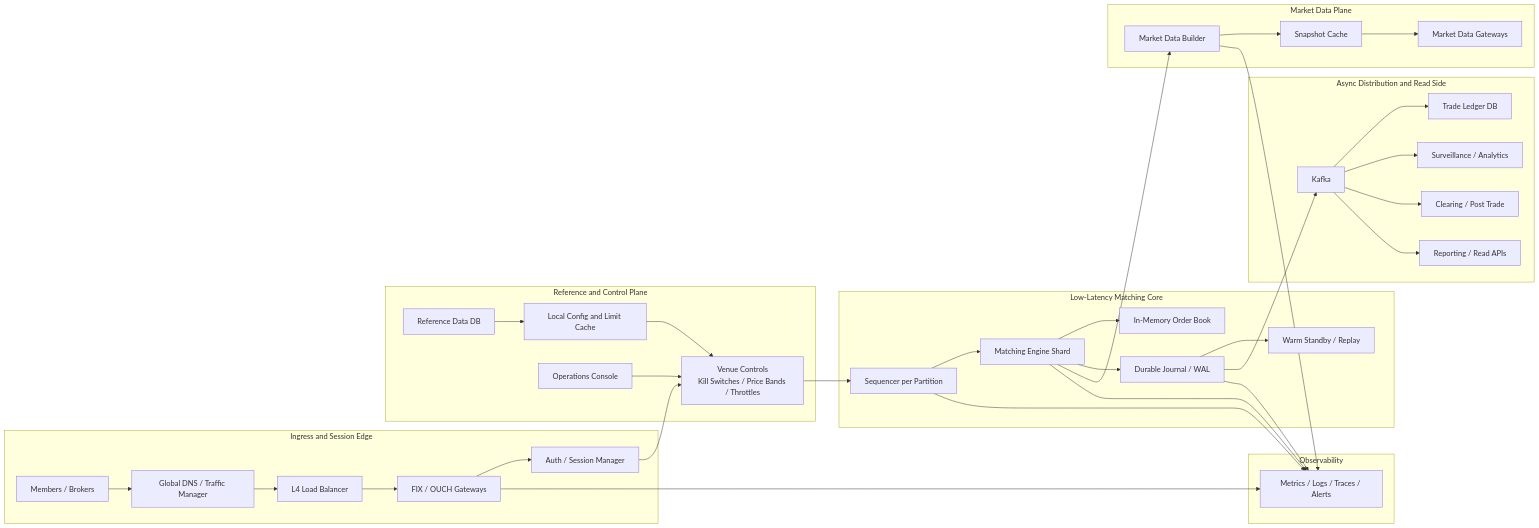
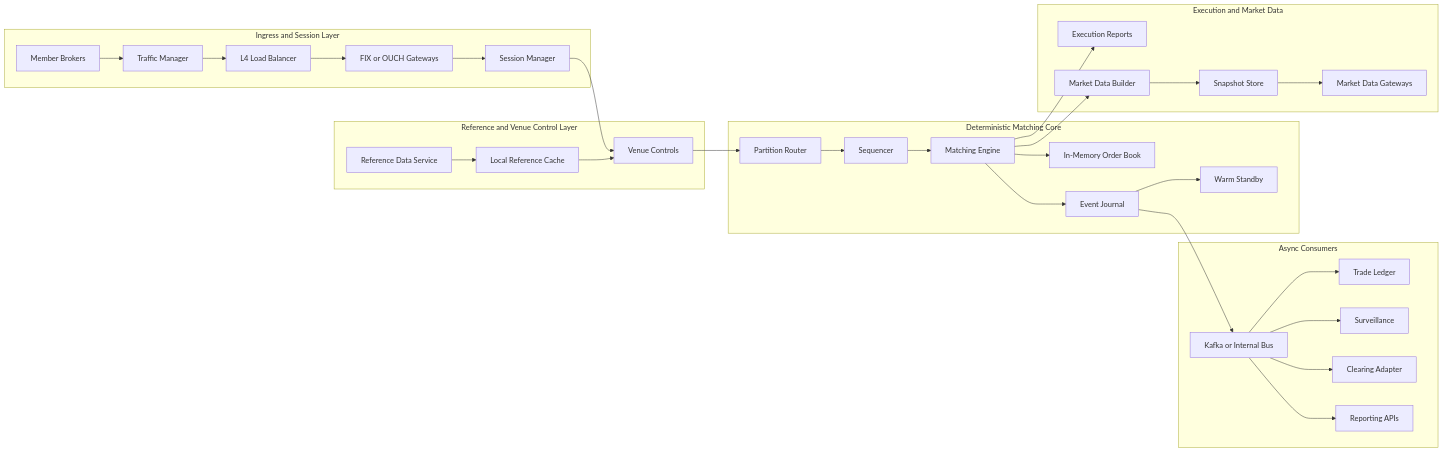
Before and after one commit to sandeepbhardwaj/sandeepbhardwaj.github.io: the first of 4 diagrams in _posts/2026-03-21-designing-stock-exchange-system.md, drawn with Mermaid. The commit also changed other lines of this file and 6 other files, not shown here.

Commit message:
added mermaid theme fix

````diff
--- a/_posts/2026-03-21-designing-stock-exchange-system.md
+++ b/_posts/2026-03-21-designing-stock-exchange-system.md
@@ -174,65 +190,55 @@
 ```mermaid
 flowchart LR
-    subgraph Ingress["Ingress and Session Edge"]
-        A[Members / Brokers]
-        B[Global DNS / Traffic Manager]
+    subgraph Ingress["Ingress and Session Layer"]
+        A[Member Brokers]
+        B[Traffic Manager]
         C[L4 Load Balancer]
-        D[FIX / OUCH Gateways]
-        E[Auth / Session Manager]
+        D[FIX or OUCH Gateways]
+        E[Session Manager]
     end
 
-    subgraph Control["Reference and Control Plane"]
-        F[Reference Data DB]
-        G[Local Config and Limit Cache]
-        H[Venue Controls<br/>Kill Switches / Price Bands / Throttles]
-        I[Operations Console]
+    subgraph Control["Reference and Venue Control Layer"]
+        F[Reference Data Service]
+        G[Local Reference Cache]
+        H[Venue Controls]
     end
 
-    subgraph HotPath["Low-Latency Matching Core"]
-        J[Sequencer per Partition]
-        K[Matching Engine Shard]
+    subgraph Core["Deterministic Matching Core"]
+        I[Partition Router]
+        J[Sequencer]
+        K[Matching Engine]
         L[In-Memory Order Book]
-        M[Durable Journal / WAL]
-        N[Warm Standby / Replay]
+        M[Event Journal]
+        N[Warm Standby]
     end
 
-    subgraph MarketData["Market Data Plane"]
-        O[Market Data Builder]
-        P[Snapshot Cache]
-        Q[Market Data Gateways]
+    subgraph Distribution["Execution and Market Data"]
+        O[Execution Reports]
+        P[Market Data Builder]
+        Q[Snapshot Store]
+        R[Market Data Gateways]
     end
 
-    subgraph Async["Async Distribution and Read Side"]
-        R[Kafka]
-        S[Trade Ledger DB]
-        T[Surveillance / Analytics]
-        U[Clearing / Post Trade]
-        V[Reporting / Read APIs]
-    end
-
-    subgraph Ops["Observability"]
-        W[Metrics / Logs / Traces / Alerts]
+    subgraph Async["Async Consumers"]
+        S[Kafka or Internal Bus]
+        T[Trade Ledger]
+        U[Surveillance]
+        V[Clearing Adapter]
+        W[Reporting APIs]
     end
 
     A --> B --> C --> D --> E
     E --> H
     F --> G --> H
-    I --> H
-
-    H --> J --> K --> L
+    H --> I --> J --> K --> L
     K --> M
+    K --> O
+    K --> P
     M --> N
-
-    K --> O --> P --> Q
-    M --> R
-    R --> S
-    R --> T
-    R --> U
-    R --> V
-
-    D --> W
-    J --> W
-    K --> W
-    M --> W
-    O --> W
+    P --> Q --> R
+    M --> S
+    S --> T
+    S --> U
+    S --> V
+    S --> W
 ```
````
